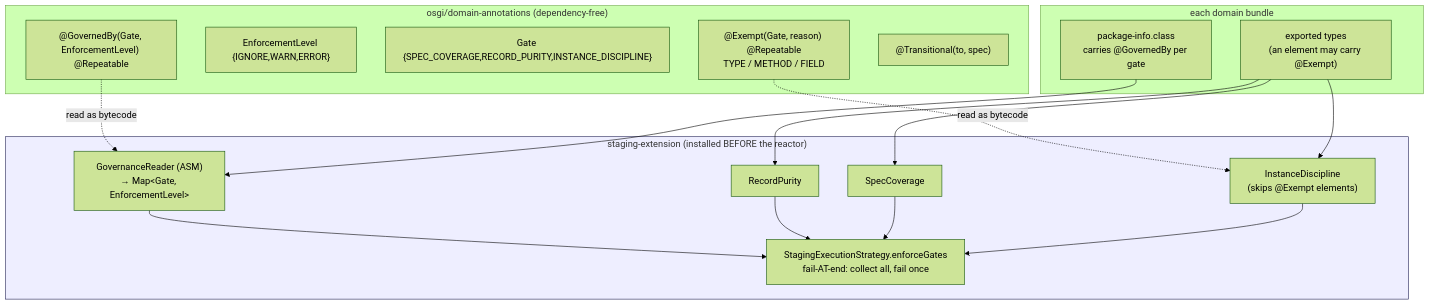
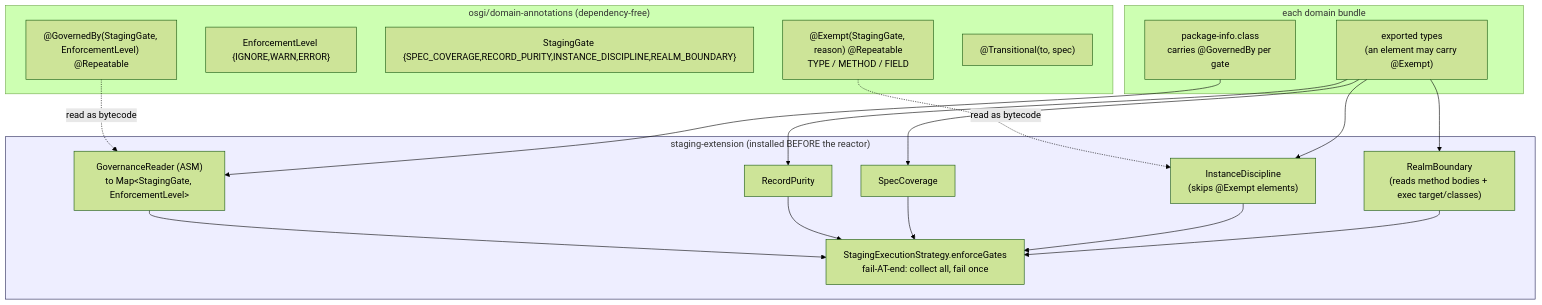
Before and after one commit to nxmatic/rke2lab: the diagram in docs/architecture/osgi/staging-gates-governance-spec.adoc, drawn with Mermaid (forest theme). The commit also changed other lines of this file and 9 other files, not shown here.

First line of the commit message:
docs(osgi): freeze the world-exchange design + REALM_BOUNDARY gate plan

```diff
--- a/docs/architecture/osgi/staging-gates-governance-spec.adoc
+++ b/docs/architecture/osgi/staging-gates-governance-spec.adoc
@@ -106,32 +156,34 @@
 [mermaid]
 ....
 flowchart TB
   subgraph anns["osgi/domain-annotations (dependency-free)"]
-    gb["@GovernedBy(Gate, EnforcementLevel) @Repeatable"]
+    gb["@GovernedBy(StagingGate, EnforcementLevel) @Repeatable"]
     en["EnforcementLevel {IGNORE,WARN,ERROR}"]
-    ga["Gate {SPEC_COVERAGE,RECORD_PURITY,INSTANCE_DISCIPLINE}"]
-    ex["@Exempt(Gate, reason) @Repeatable<br/>TYPE / METHOD / FIELD"]
+    ga["StagingGate {SPEC_COVERAGE,RECORD_PURITY,INSTANCE_DISCIPLINE,REALM_BOUNDARY}"]
+    ex["@Exempt(StagingGate, reason) @Repeatable<br/>TYPE / METHOD / FIELD"]
     tr["@Transitional(to, spec)"]
   end
   subgraph dom["each domain bundle"]
     pi["package-info.class<br/>carries @GovernedBy per gate"]
     tps["exported types<br/>(an element may carry @Exempt)"]
   end
   subgraph ext["staging-extension (installed BEFORE the reactor)"]
-    gr["GovernanceReader (ASM)<br/>→ Map&lt;Gate, EnforcementLevel&gt;"]
+    gr["GovernanceReader (ASM)<br/>to Map&lt;StagingGate, EnforcementLevel&gt;"]
     rp["RecordPurity"]
     sc["SpecCoverage"]
     id["InstanceDiscipline<br/>(skips @Exempt elements)"]
+    rb["RealmBoundary<br/>(reads method bodies + exec target/classes)"]
     se["StagingExecutionStrategy.enforceGates<br/>fail-AT-end: collect all, fail once"]
   end
   gb -.read as bytecode.-> gr
   ex -.read as bytecode.-> id
   pi --> gr
-  tps --> rp & sc & id
+  tps --> rp & sc & id & rb
   gr --> se
   rp --> se
   sc --> se
   id --> se
+  rb --> se
   classDef infra fill:#eef,stroke:#225;
   class ext infra;
 ....
```
